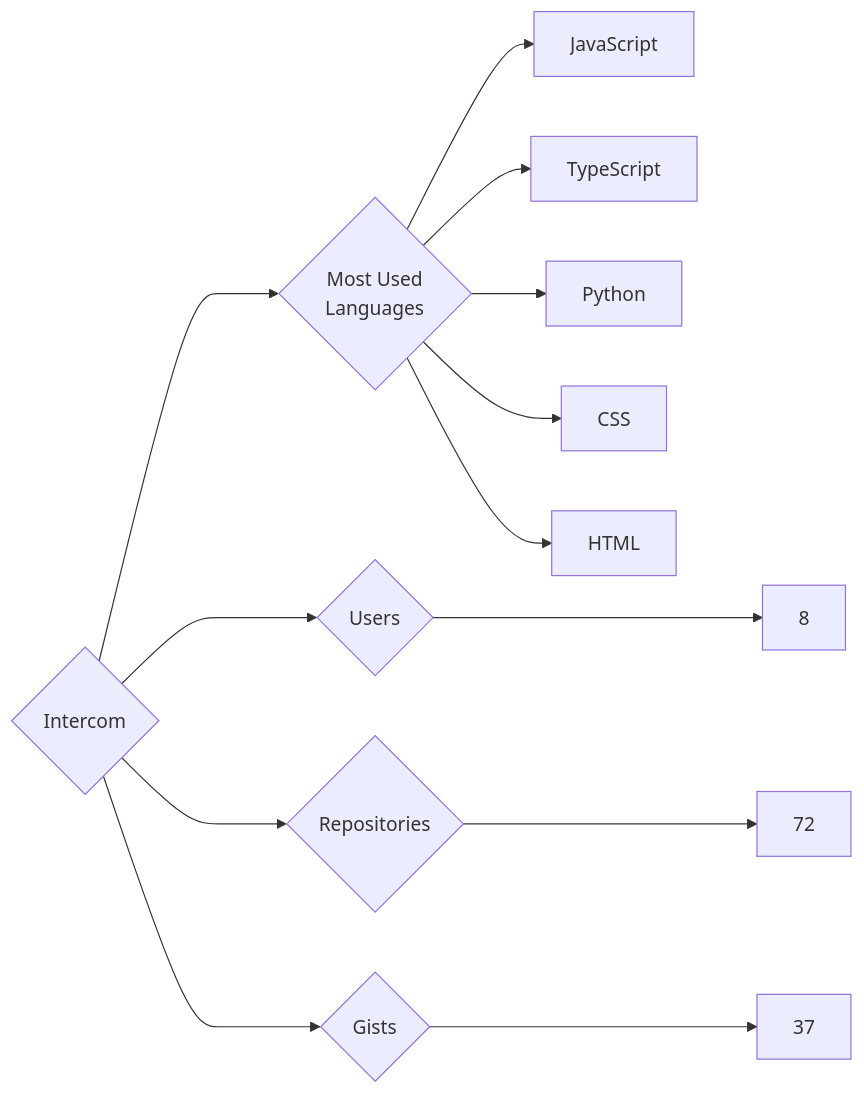
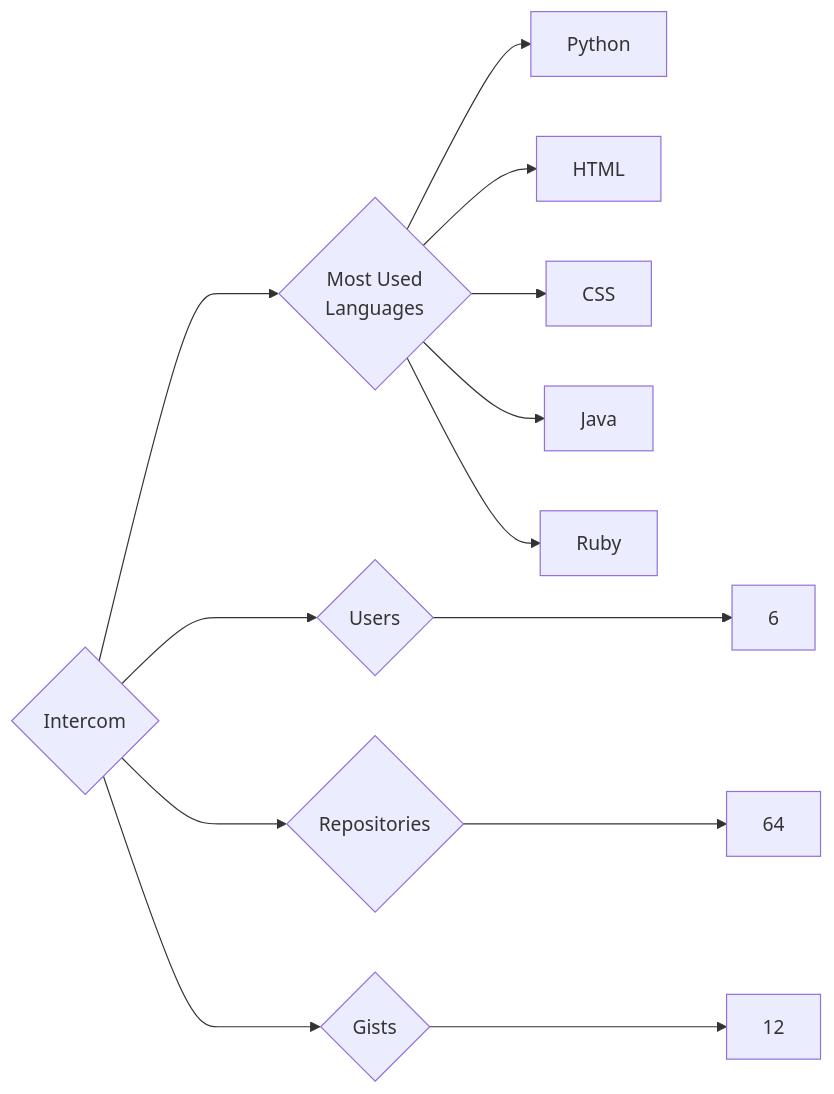
The diagram in targets/Intercom/README.md (trickest/insiders), drawn with Mermaid before and after one commit. The commit also changed 1023 other files, not shown here.

````diff
--- a/targets/Intercom/README.md
+++ b/targets/Intercom/README.md
@@ -3,13 +3,13 @@
 ```mermaid
 graph LR
 COMPANY_NAME{Intercom}
-COMPANY_NAME ---> U{Users} ---> UN[8]
-COMPANY_NAME ---> R{Repositories} ---> RN[72]
-COMPANY_NAME ---> G{Gists} ---> GN[37]
+COMPANY_NAME ---> U{Users} ---> UN[6]
+COMPANY_NAME ---> R{Repositories} ---> RN[64]
+COMPANY_NAME ---> G{Gists} ---> GN[12]
 COMPANY_NAME ---> ML{Most Used<br>Languages}
-ML --> JavaScript[JavaScript]
-ML --> TypeScript[TypeScript]
 ML --> Python[Python]
+ML --> HTML[HTML]
 ML --> CSS[CSS]
-ML --> HTML[HTML]
+ML --> Java[Java]
+ML --> Ruby[Ruby]
 ```
````
